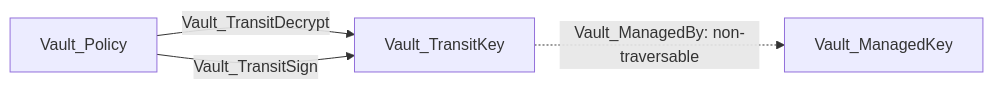
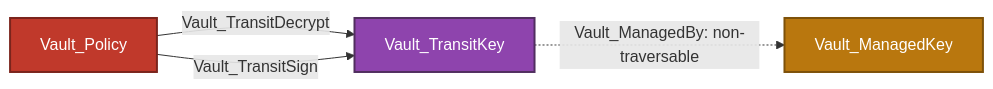
Before and after one commit to bytewreck/opengraph-vault: the third of 3 diagrams in Documentation/stores/MANAGED_KEYS.md, drawn with Mermaid. The commit also changed other lines of this file and 4 other files, not shown here.

````diff
--- a/Documentation/stores/MANAGED_KEYS.md
+++ b/Documentation/stores/MANAGED_KEYS.md
@@ -77,6 +88,10 @@
 ```mermaid
 flowchart LR
-    policy[Vault_Policy] -->|Vault_TransitDecrypt| transit[Vault_TransitKey]
+    policy[Vault_Policy]:::policyNode -->|Vault_TransitDecrypt| transit[Vault_TransitKey]:::transitKeyNode
     policy -->|Vault_TransitSign| transit
-    transit -.->|Vault_ManagedBy: non-traversable| managed[Vault_ManagedKey]
+    transit -.->|Vault_ManagedBy: non-traversable| managed[Vault_ManagedKey]:::managedKeyNode
+
+    classDef policyNode fill:#C0392B,color:#fff,stroke:#7B241C,stroke-width:2px
+    classDef transitKeyNode fill:#8E44AD,color:#fff,stroke:#512E5F,stroke-width:2px
+    classDef managedKeyNode fill:#B9770E,color:#fff,stroke:#7E5109,stroke-width:2px
 ```
````
